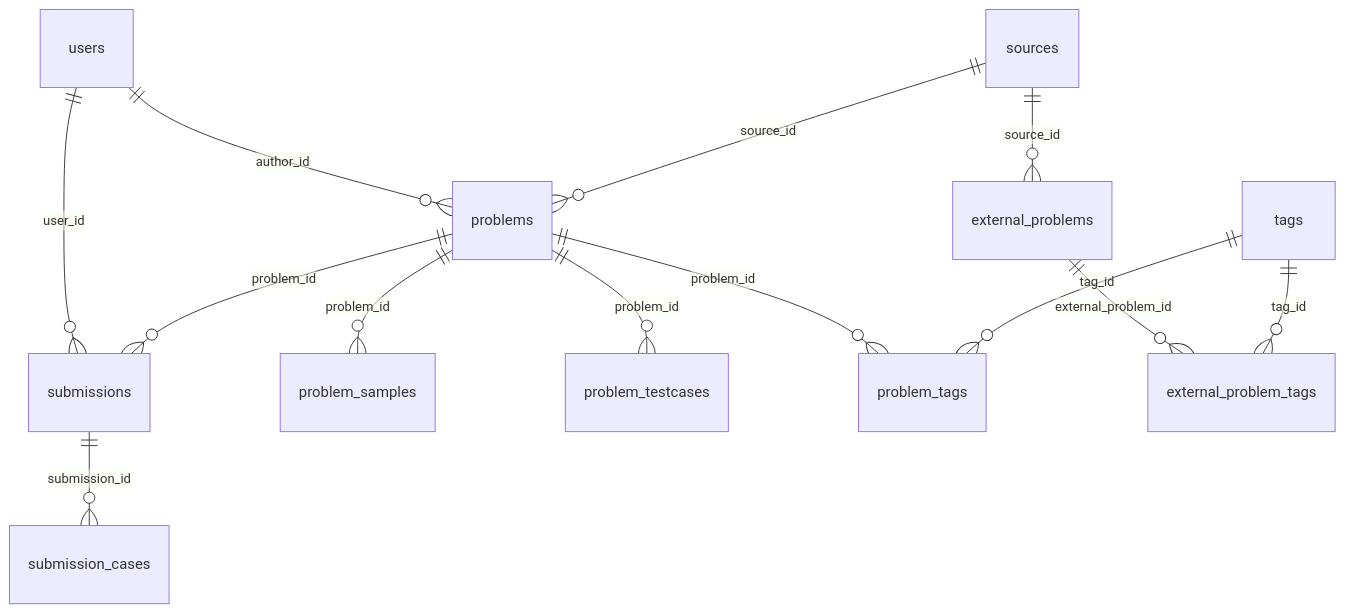
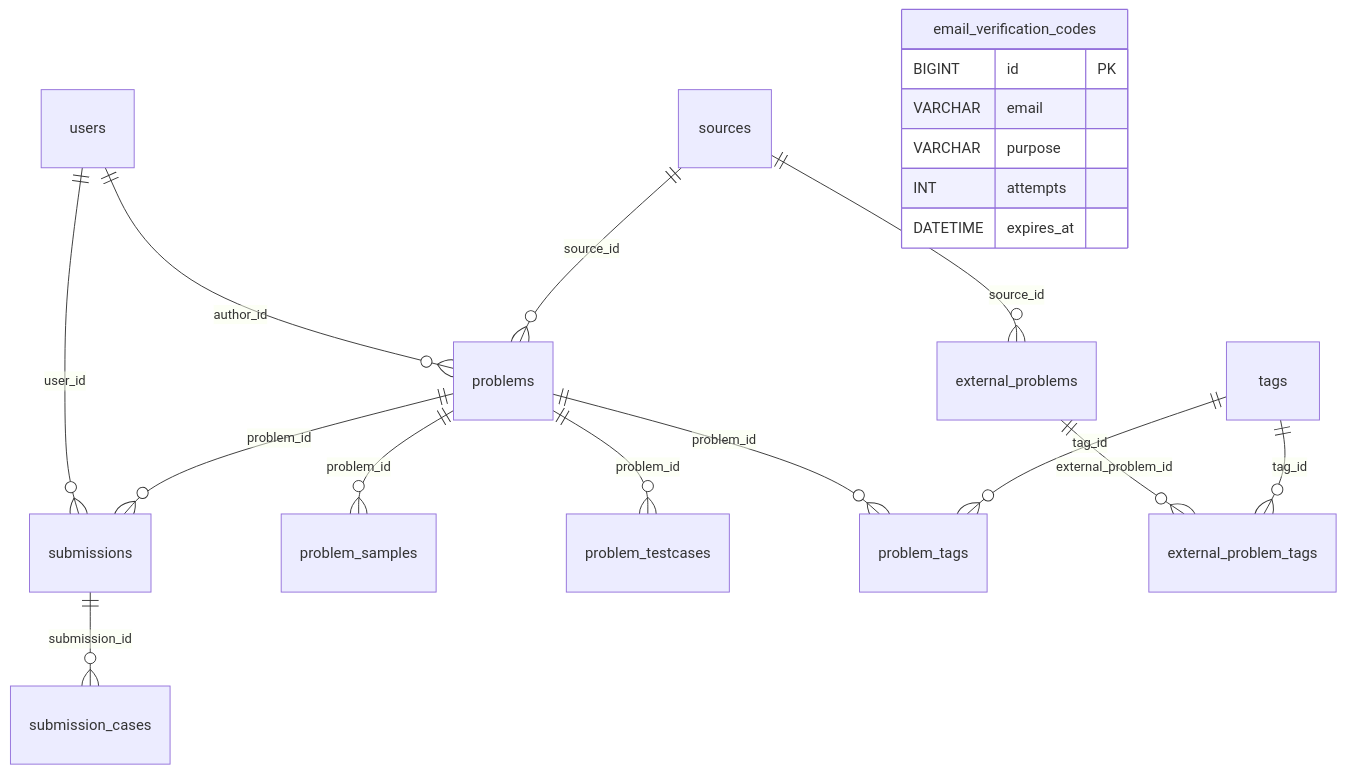
The diagram in docs/server/02-database.md (yucccxi/iOJ), drawn with Mermaid before and after one commit. The commit also changed other lines of this file and 35 other files, not shown here.

````diff
--- a/docs/server/02-database.md
+++ b/docs/server/02-database.md
@@ -91,15 +50,22 @@
 ```mermaid
 erDiagram
     users ||--o{ problems : "author_id"
     sources ||--o{ problems : "source_id"
     sources ||--o{ external_problems : "source_id"
     users ||--o{ submissions : "user_id"
     problems ||--o{ problem_samples : "problem_id"
     problems ||--o{ problem_testcases : "problem_id"
     problems ||--o{ problem_tags : "problem_id"
     tags ||--o{ problem_tags : "tag_id"
     external_problems ||--o{ external_problem_tags : "external_problem_id"
     tags ||--o{ external_problem_tags : "tag_id"
     problems ||--o{ submissions : "problem_id"
     submissions ||--o{ submission_cases : "submission_id"
+    email_verification_codes {
+        BIGINT id PK
+        VARCHAR email
+        VARCHAR purpose
+        INT attempts
+        DATETIME expires_at
+    }
 ```
````
